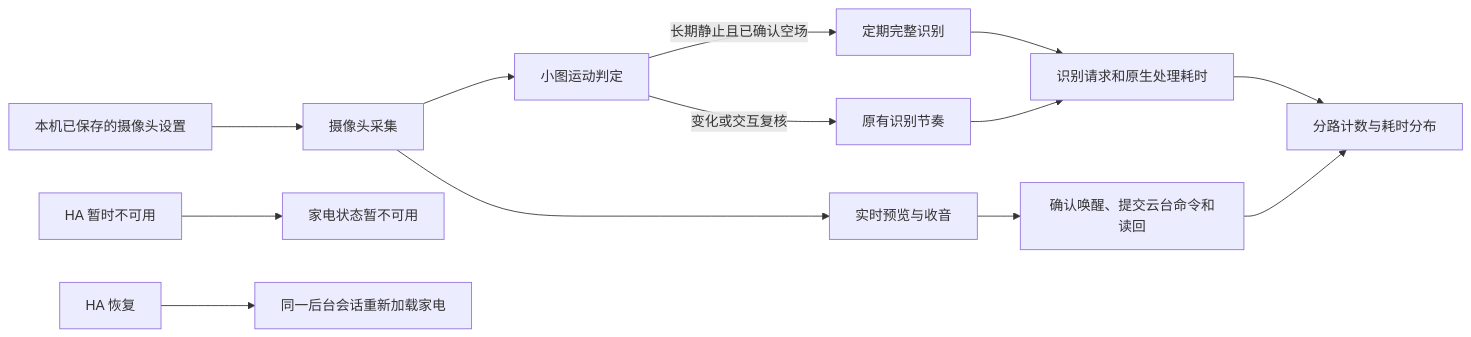
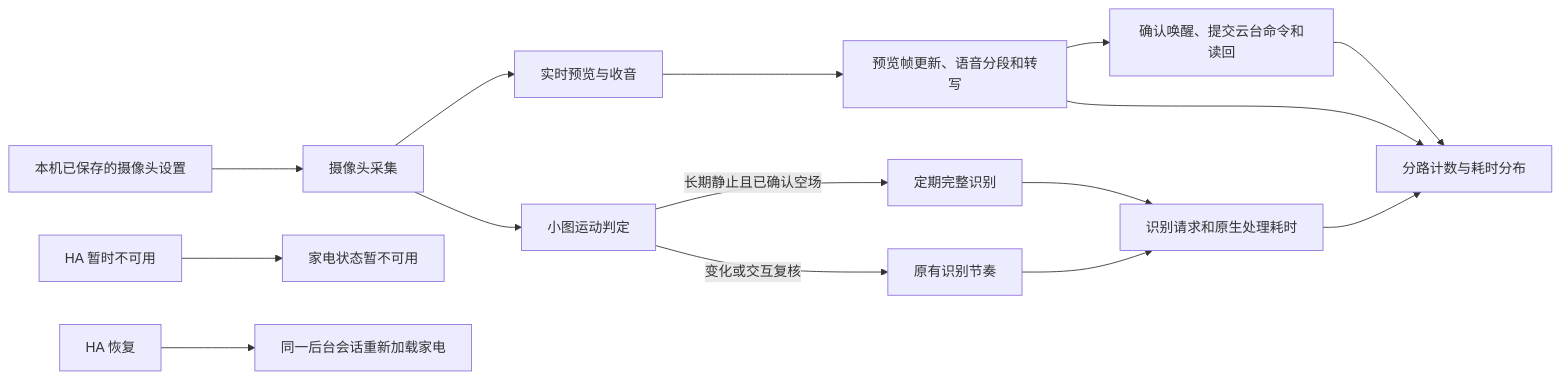
The second of 45 diagrams in docs/architecture.md (Geeprox/Friday), drawn with Mermaid before and after one commit. The commit also changed other lines of this file and 12 other files, not shown here.

````diff
--- a/docs/architecture.md
+++ b/docs/architecture.md
@@ -56,15 +56,17 @@
 ```mermaid
 flowchart LR
   F[摄像头采集] --> P[实时预览与收音]
   F --> M[小图运动判定]
   M -->|长期静止且已确认空场| S[定期完整识别]
   M -->|变化或交互复核| N[原有识别节奏]
   S --> T[识别请求和原生处理耗时]
   N --> T
-  P --> W[确认唤醒、提交云台命令和读回]
+  P --> Q[预览帧更新、语音分段和转写]
+  Q --> W[确认唤醒、提交云台命令和读回]
+  Q --> B[分路计数与耗时分布]
   T --> B[分路计数与耗时分布]
   W --> B
   D[本机已保存的摄像头设置] --> F
   H[HA 暂时不可用] --> L[家电状态暂不可用]
   R[HA 恢复] --> O[同一后台会话重新加载家电]
 ```
````
